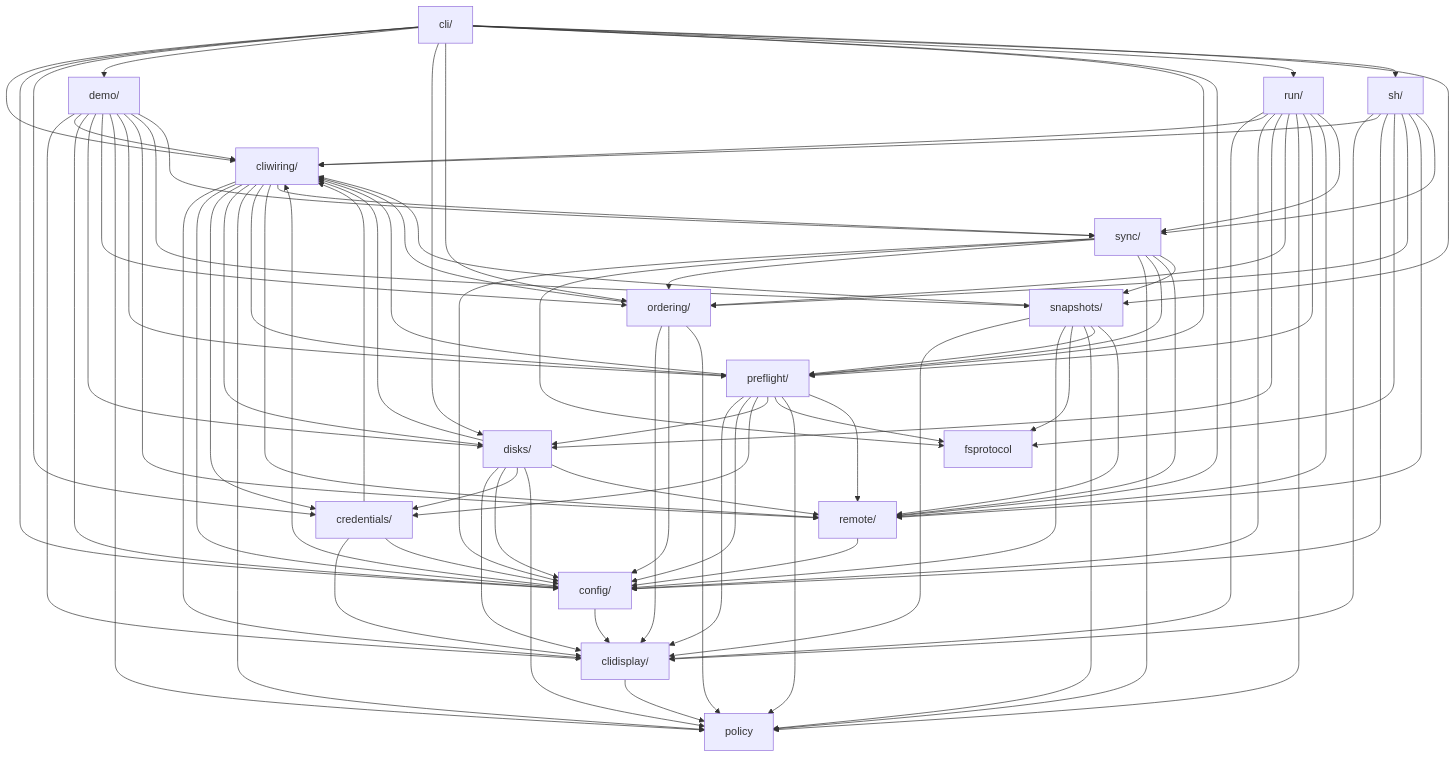
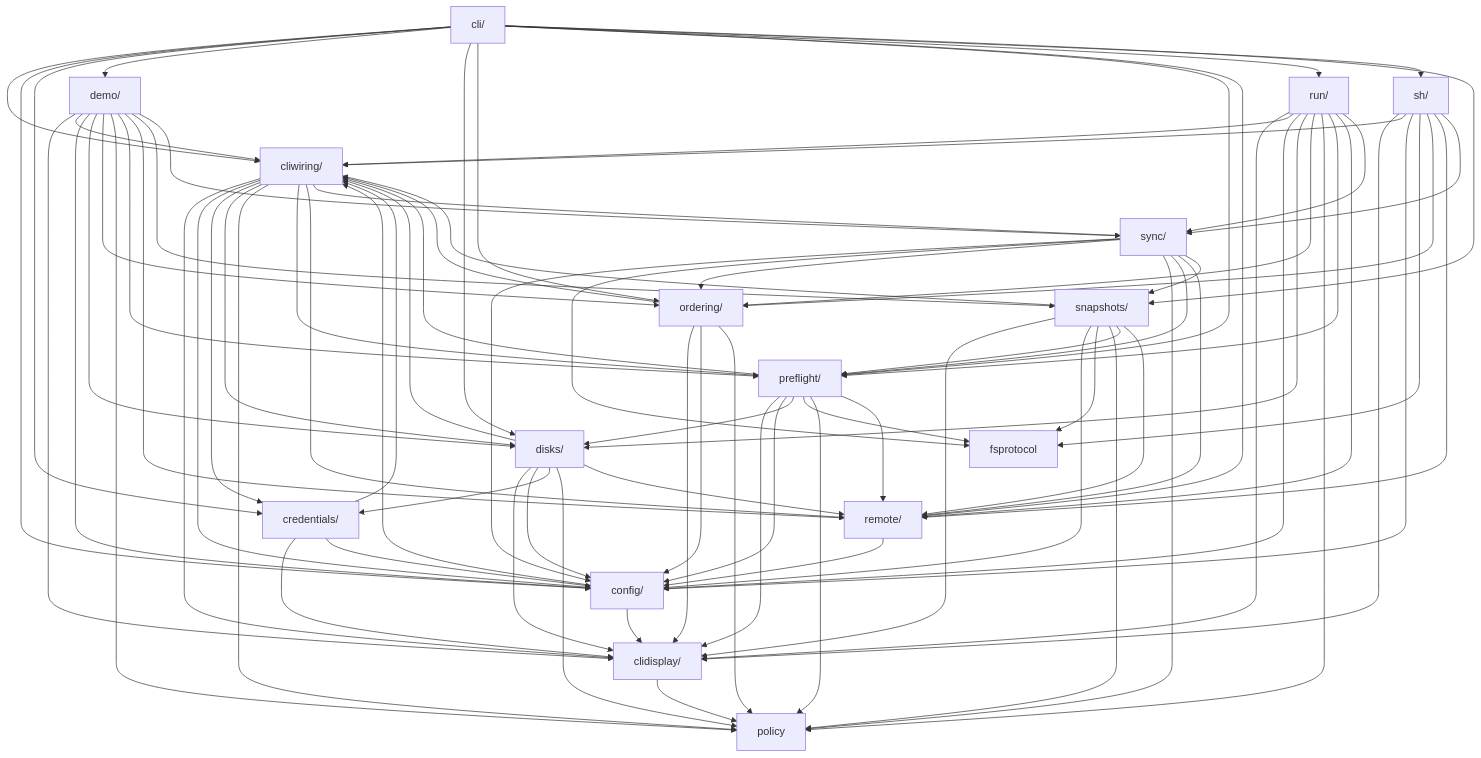
One commit to iglootools/nbkp changed the diagram in docs/architecture.md. Above: the diagram before and after it, drawn with Mermaid. The commit also changed 6 other files, not shown here.

```diff
--- a/docs/architecture.md
+++ b/docs/architecture.md
@@ -118,7 +118,6 @@
     preflight --> clidisplay
     preflight --> cliwiring
     preflight --> config
-    preflight --> credentials
     preflight --> disks
     preflight --> fsprotocol
     preflight --> policy
```
